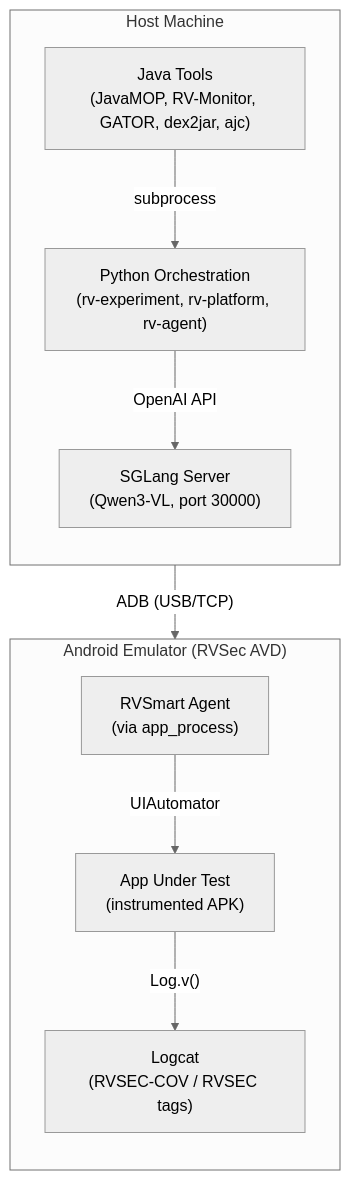
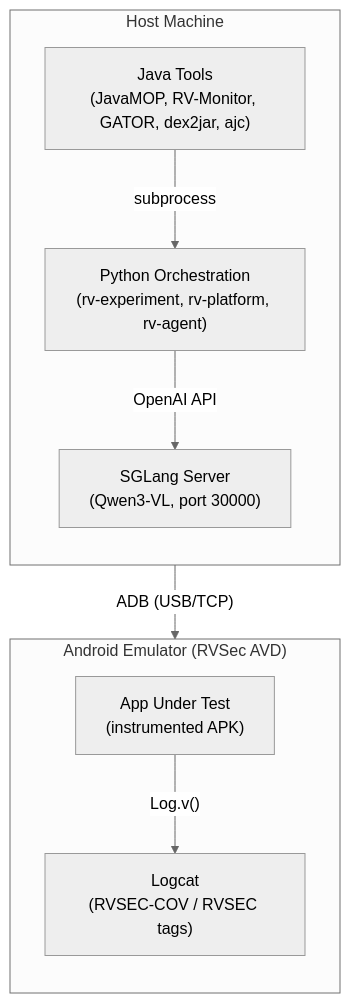
One commit to PAMunb/rvsec changed the fourth of 4 diagrams in rv-android/docs/rv_android_architecture.md. Above: the diagram before and after it, drawn with Mermaid. The commit also changed other lines of this file and 629 other files, not shown here.

First line of the commit message:
chore(tg1): archive rvsmart-tool, rv-agent-validation; close obsolete issues (refs #48)

````diff
--- a/rv-android/docs/rv_android_architecture.md
+++ b/rv-android/docs/rv_android_architecture.md
@@ -373,23 +350,21 @@
 ```mermaid
 %%{init: {'theme': 'neutral'}}%%
 flowchart TB
     subgraph Host["Host Machine"]
         direction TB
         Python["Python Orchestration<br/>(rv-experiment, rv-platform, rv-agent)"]
         Java["Java Tools<br/>(JavaMOP, RV-Monitor, GATOR, dex2jar, ajc)"]
         SGLang["SGLang Server<br/>(Qwen3-VL, port 30000)"]
     end
 
     subgraph Emulator["Android Emulator (RVSec AVD)"]
         direction TB
         AUT["App Under Test<br/>(instrumented APK)"]
-        RVSmart["RVSmart Agent<br/>(via app_process)"]
         Logcat["Logcat<br/>(RVSEC-COV / RVSEC tags)"]
     end
 
     Python -- "ADB (USB/TCP)" --> Emulator
     Python -- "OpenAI API" --> SGLang
     Java -- "subprocess" --> Python
     AUT -- "Log.v()" --> Logcat
-    RVSmart -- "UIAutomator" --> AUT
 ```
````
